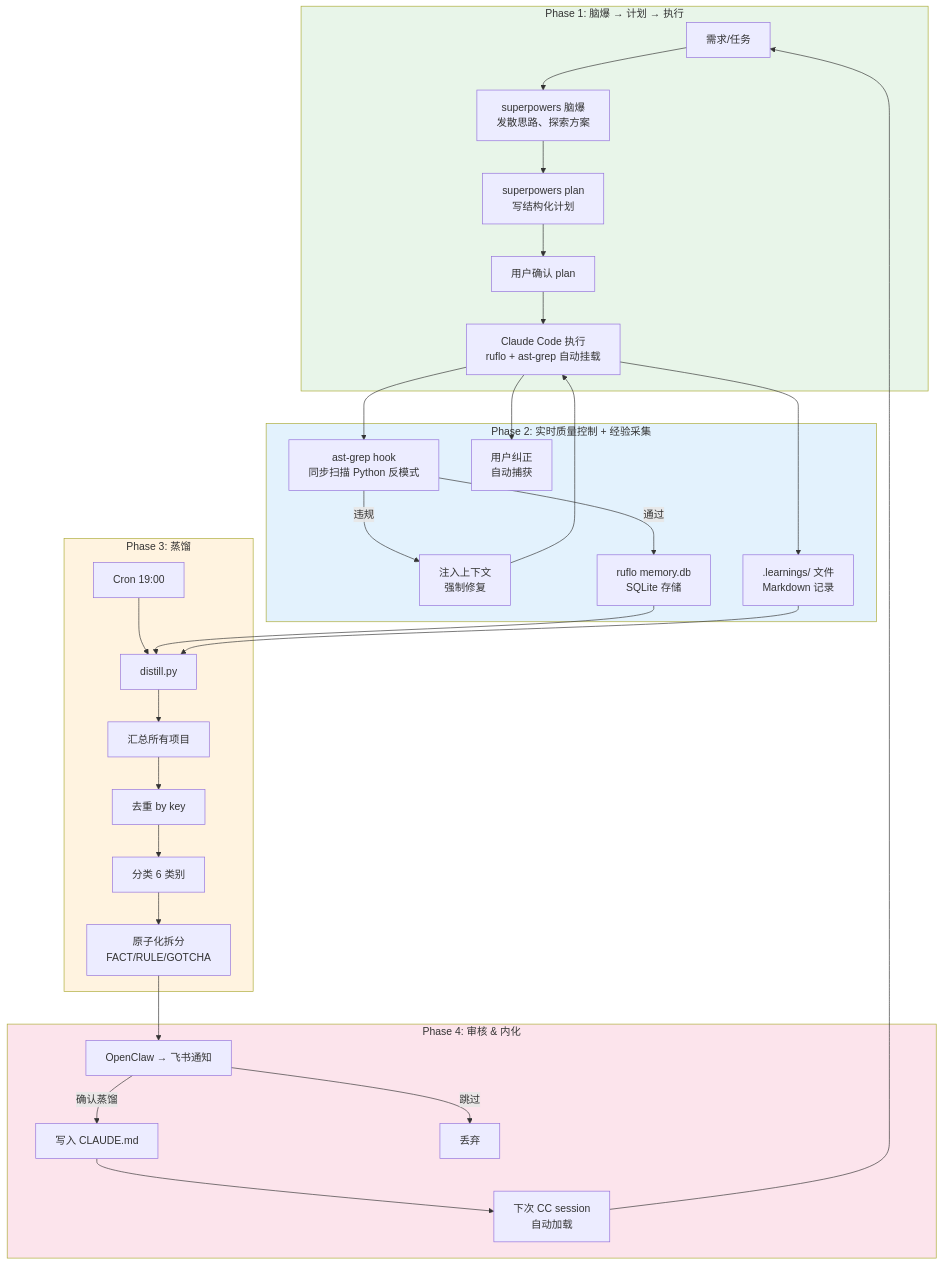
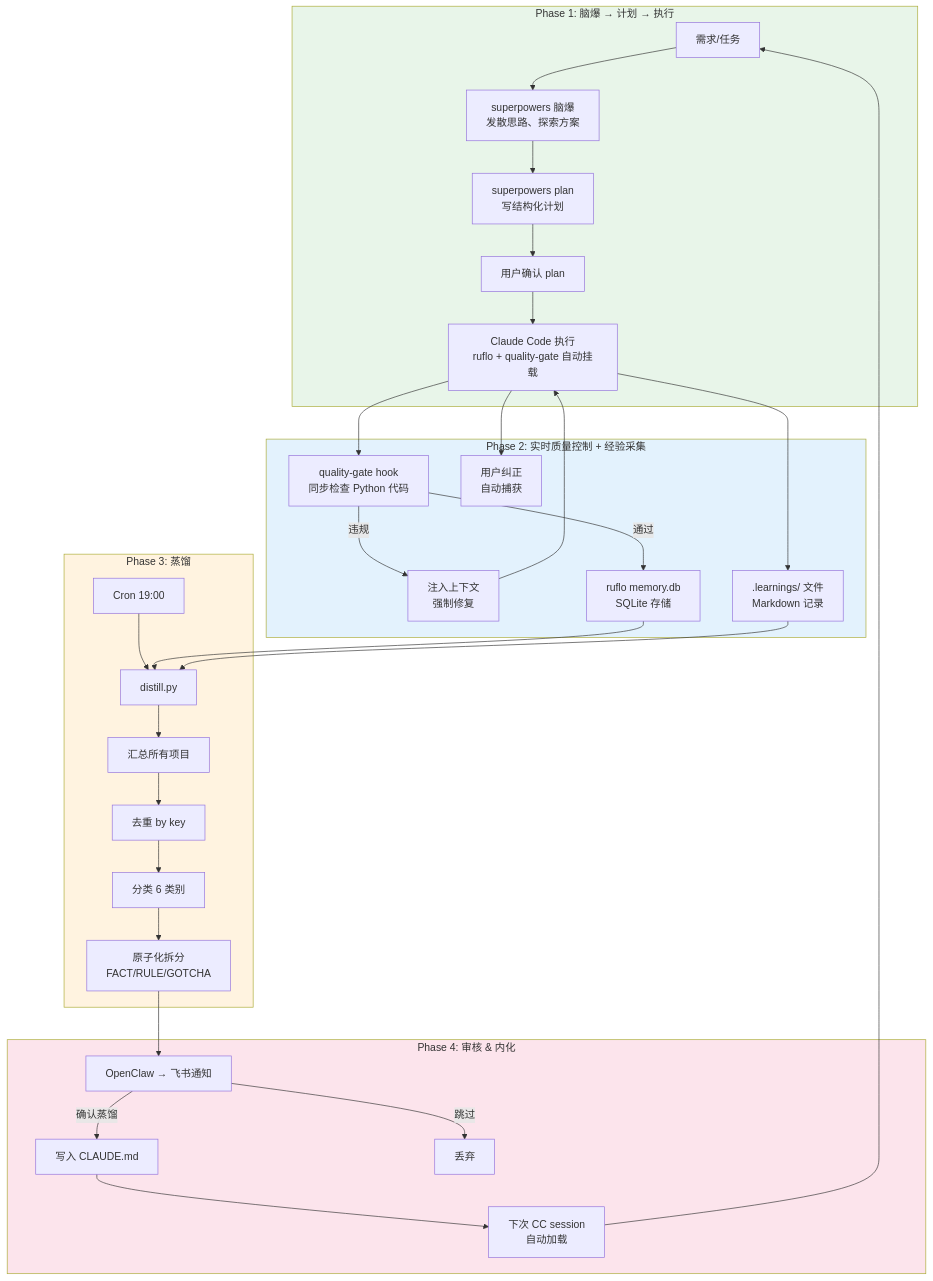
The first of 4 diagrams in diagrams/workflow.md (yaofuhong0311/ai-coding-workflow), drawn with Mermaid before and after one commit. The commit also changed other lines of this file, not shown here.

Commit message:
fix(diagrams): replace ast-grep with quality-gate, fix mermaid syntax error
- Replace ast-grep references with quality-gate hook in all diagrams
- Fix /fagan-review node causing mermaid lexical error (/ parsed as parallelogram shape)

````diff
--- a/diagrams/workflow.md
+++ b/diagrams/workflow.md
@@ -5,41 +5,41 @@
 ```mermaid
 flowchart TD
     subgraph Phase1["Phase 1: 脑爆 → 计划 → 执行"]
         A[需求/任务] --> B[superpowers 脑爆<br/>发散思路、探索方案]
         B --> C[superpowers plan<br/>写结构化计划]
         C --> D[用户确认 plan]
-        D --> E[Claude Code 执行<br/>ruflo + ast-grep 自动挂载]
+        D --> E[Claude Code 执行<br/>ruflo + quality-gate 自动挂载]
     end
 
     subgraph Phase2["Phase 2: 实时质量控制 + 经验采集"]
-        E --> F1[ast-grep hook<br/>同步扫描 Python 反模式]
+        E --> F1[quality-gate hook<br/>同步检查 Python 代码]
         F1 -->|违规| F2[注入上下文<br/>强制修复]
         F2 --> E
         F1 -->|通过| F[ruflo memory.db<br/>SQLite 存储]
         E --> G[.learnings/ 文件<br/>Markdown 记录]
         E --> H[用户纠正<br/>自动捕获]
     end
 
     subgraph Phase3["Phase 3: 蒸馏"]
         I[Cron 19:00] --> J[distill.py]
         F --> J
         G --> J
         J --> K[汇总所有项目]
         K --> L[去重 by key]
         L --> M[分类 6 类别]
         M --> N[原子化拆分<br/>FACT/RULE/GOTCHA]
     end
 
     subgraph Phase4["Phase 4: 审核 & 内化"]
         N --> O[OpenClaw → 飞书通知]
         O -->|确认蒸馏| P[写入 CLAUDE.md]
         O -->|跳过| Q[丢弃]
         P --> R[下次 CC session<br/>自动加载]
         R --> A
     end
 
     style Phase1 fill:#e8f5e9
     style Phase2 fill:#e3f2fd
     style Phase3 fill:#fff3e0
     style Phase4 fill:#fce4ec
 ```
````
